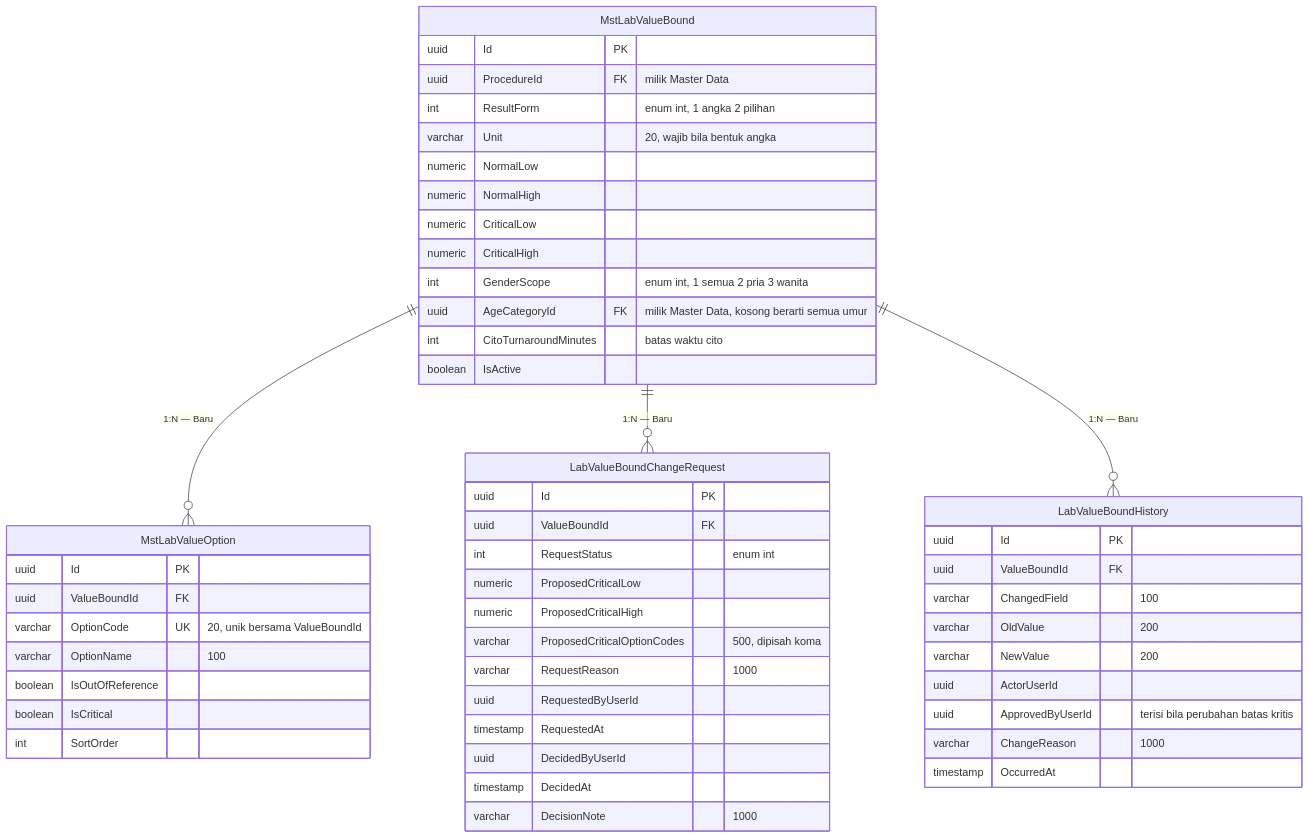
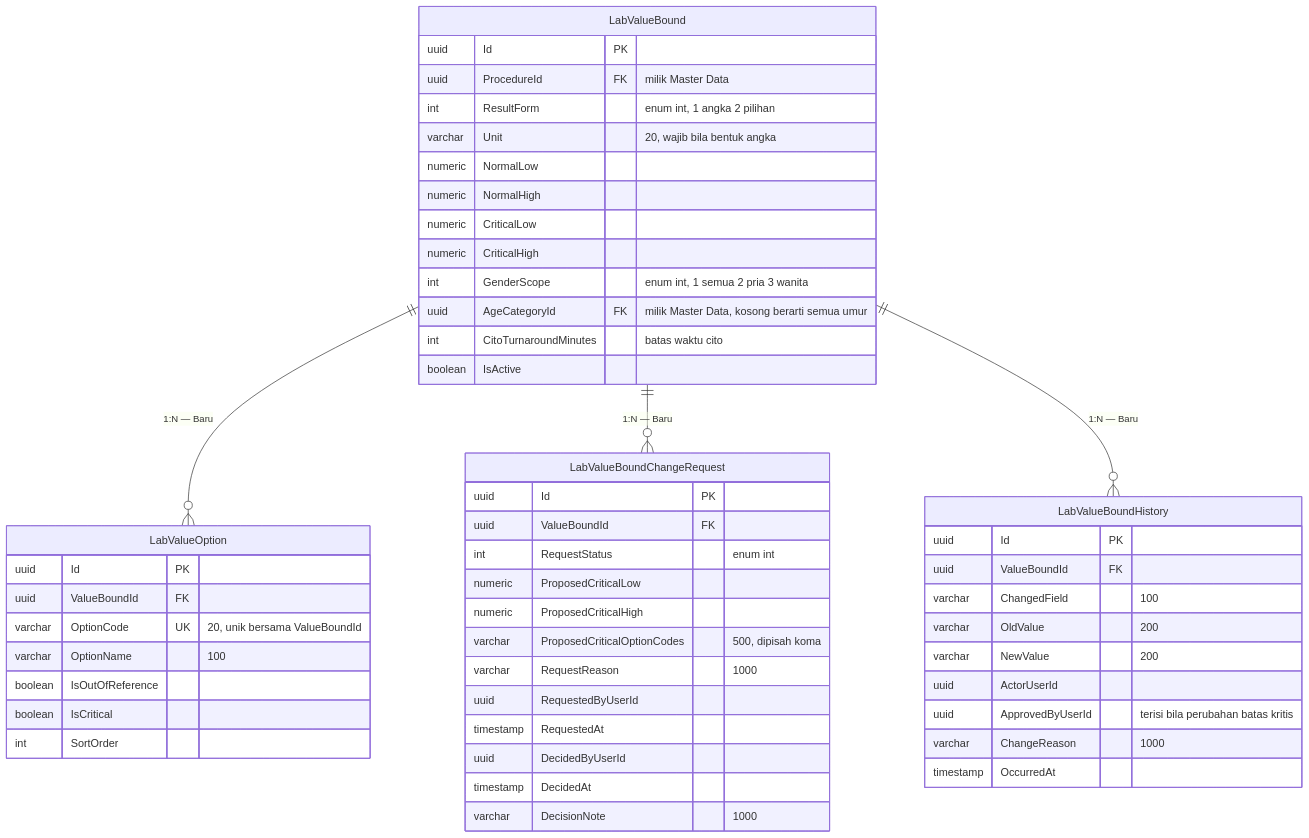
Before and after one commit to DevBenari/NewQuilvianSystemBackend: the second of 3 diagrams in docs/module-blueprints/laboratorium/erd/laboratory-operations.md, drawn with Mermaid. The commit also changed other lines of this file and 20 other files, not shown here.

````diff
--- a/docs/module-blueprints/laboratorium/erd/laboratory-operations.md
+++ b/docs/module-blueprints/laboratorium/erd/laboratory-operations.md
@@ -115,55 +115,55 @@
 ```mermaid
 erDiagram
-    MstLabValueBound {
+    LabValueBound {
         uuid Id PK
         uuid ProcedureId FK "milik Master Data"
         int ResultForm "enum int, 1 angka 2 pilihan"
         varchar Unit "20, wajib bila bentuk angka"
         numeric NormalLow
         numeric NormalHigh
         numeric CriticalLow
         numeric CriticalHigh
         int GenderScope "enum int, 1 semua 2 pria 3 wanita"
         uuid AgeCategoryId FK "milik Master Data, kosong berarti semua umur"
         int CitoTurnaroundMinutes "batas waktu cito"
         boolean IsActive
     }
-    MstLabValueOption {
+    LabValueOption {
         uuid Id PK
         uuid ValueBoundId FK
         varchar OptionCode UK "20, unik bersama ValueBoundId"
         varchar OptionName "100"
         boolean IsOutOfReference
         boolean IsCritical
         int SortOrder
     }
     LabValueBoundChangeRequest {
         uuid Id PK
         uuid ValueBoundId FK
         int RequestStatus "enum int"
         numeric ProposedCriticalLow
         numeric ProposedCriticalHigh
         varchar ProposedCriticalOptionCodes "500, dipisah koma"
         varchar RequestReason "1000"
         uuid RequestedByUserId
         timestamp RequestedAt
         uuid DecidedByUserId
         timestamp DecidedAt
         varchar DecisionNote "1000"
     }
     LabValueBoundHistory {
         uuid Id PK
         uuid ValueBoundId FK
         varchar ChangedField "100"
         varchar OldValue "200"
         varchar NewValue "200"
         uuid ActorUserId
         uuid ApprovedByUserId "terisi bila perubahan batas kritis"
         varchar ChangeReason "1000"
         timestamp OccurredAt
     }
 
-    MstLabValueBound ||--o{ MstLabValueOption : "1:N — Baru"
-    MstLabValueBound ||--o{ LabValueBoundChangeRequest : "1:N — Baru"
-    MstLabValueBound ||--o{ LabValueBoundHistory : "1:N — Baru"
+    LabValueBound ||--o{ LabValueOption : "1:N — Baru"
+    LabValueBound ||--o{ LabValueBoundChangeRequest : "1:N — Baru"
+    LabValueBound ||--o{ LabValueBoundHistory : "1:N — Baru"
 ```
````
